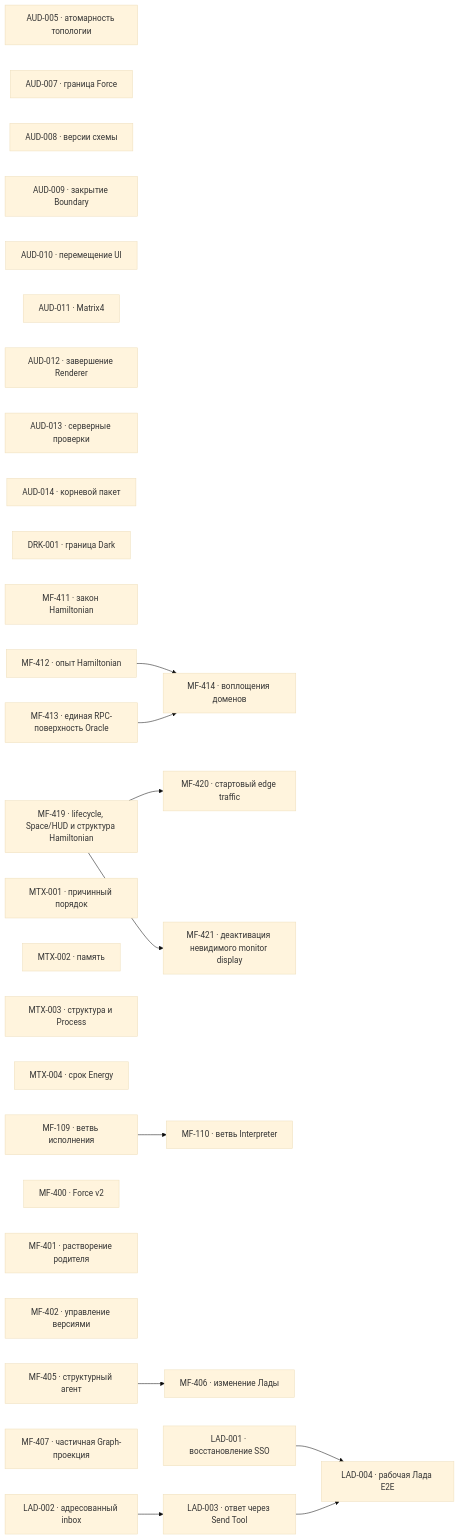
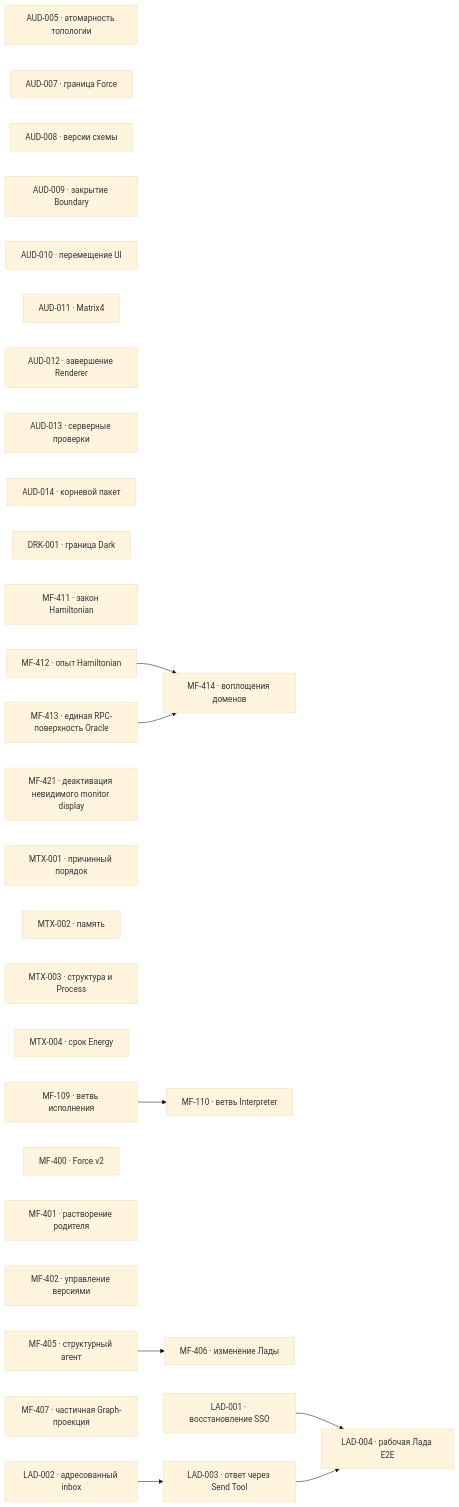
The first of 2 diagrams in project/TODO.md (zavx0z/metafor), drawn with Mermaid (base theme) before and after one commit. The commit also changed other lines of this file and 44 other files, not shown here.

````diff
--- a/project/TODO.md
+++ b/project/TODO.md
@@ -13,45 +13,41 @@
 ```mermaid
 flowchart LR
     AUD005["AUD-005 · атомарность топологии"]
     AUD007["AUD-007 · граница Force"]
     AUD008["AUD-008 · версии схемы"]
     AUD009["AUD-009 · закрытие Boundary"]
     AUD010["AUD-010 · перемещение UI"]
     AUD011["AUD-011 · Matrix4"]
     AUD012["AUD-012 · завершение Renderer"]
     AUD013["AUD-013 · серверные проверки"]
     AUD014["AUD-014 · корневой пакет"]
     DRK001["DRK-001 · граница Dark"]
     MF411["MF-411 · закон Hamiltonian"]
     MF412["MF-412 · опыт Hamiltonian"]
     MF413["MF-413 · единая RPC-поверхность Oracle"]
     MF414["MF-414 · воплощения доменов"]
-    MF419["MF-419 · lifecycle, Space/HUD и структура Hamiltonian"]
-    MF420["MF-420 · стартовый edge traffic"]
     MF421["MF-421 · деактивация невидимого monitor display"]
     MTX001["MTX-001 · причинный порядок"]
     MTX002["MTX-002 · память"]
     MTX003["MTX-003 · структура и Process"]
     MTX004["MTX-004 · срок Energy"]
     MF109["MF-109 · ветвь исполнения"]
     MF110["MF-110 · ветвь Interpreter"]
     MF400["MF-400 · Force v2"]
     MF401["MF-401 · растворение родителя"]
     MF402["MF-402 · управление версиями"]
     MF405["MF-405 · структурный агент"]
     MF406["MF-406 · изменение Лады"]
     MF407["MF-407 · частичная Graph-проекция"]
     LAD001["LAD-001 · восстановление SSO"]
     LAD002["LAD-002 · адресованный inbox"]
     LAD003["LAD-003 · ответ через Send Tool"]
     LAD004["LAD-004 · рабочая Лада E2E"]
     MF109 --> MF110
     MF405 --> MF406
     MF412 --> MF414
-    MF419 --> MF420
-    MF419 --> MF421
     MF413 --> MF414
     LAD002 --> LAD003
     LAD001 --> LAD004
     LAD003 --> LAD004
 ```
````
